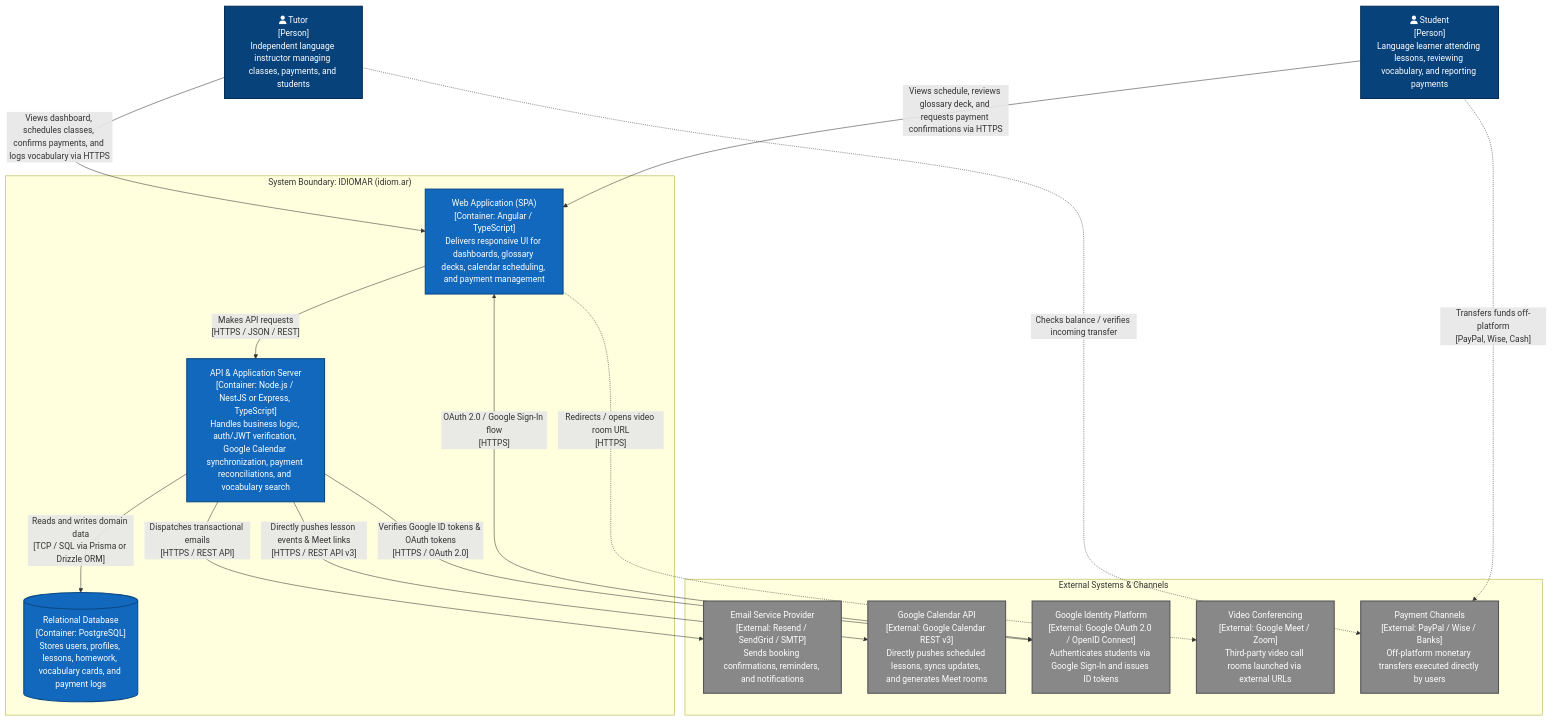
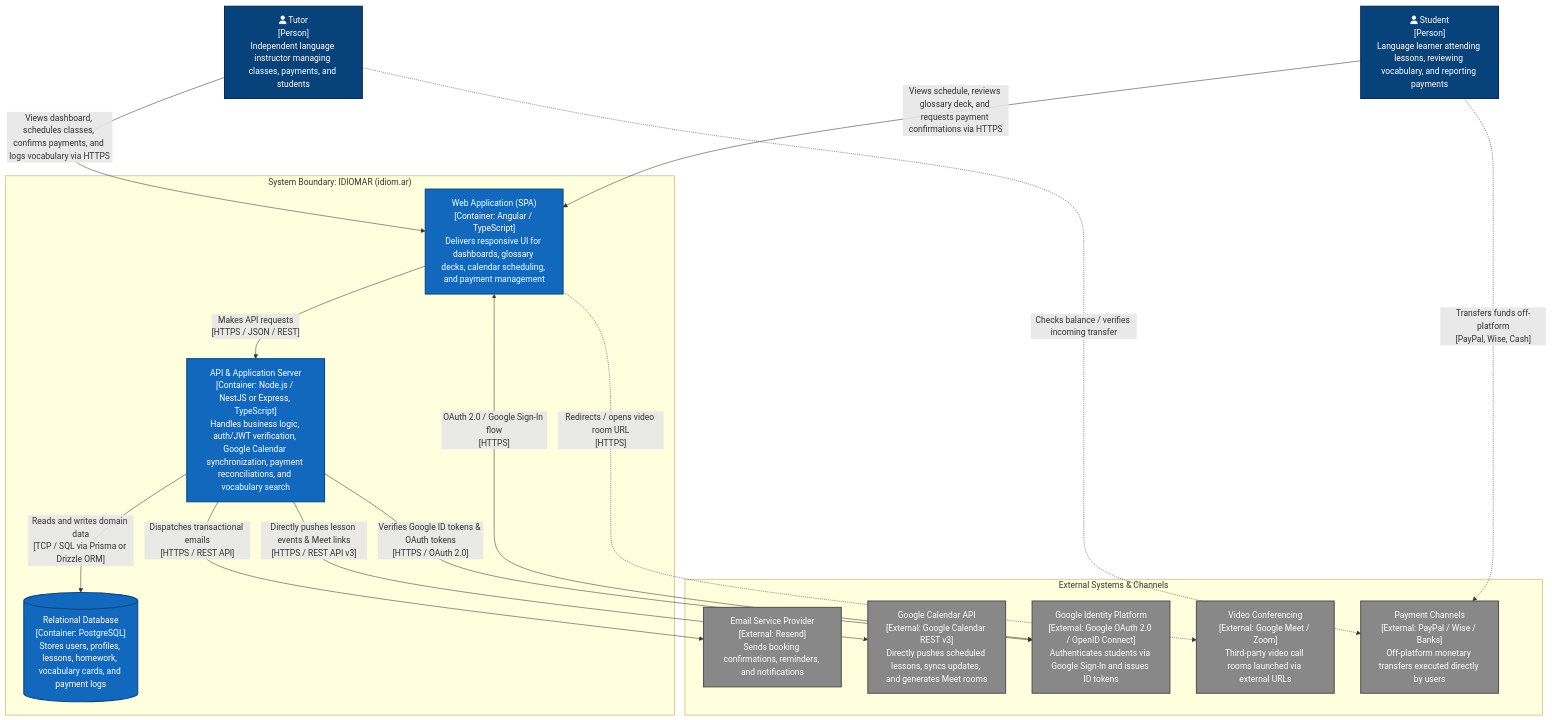
One commit to DmytroCherednichenko/idiomar-crm changed the diagram in docs/diagrams/02-c4-level2-containers.mmd. Above: the diagram before and after it, drawn with Mermaid. The commit also changed 3 other files, not shown here.

Commit message:
Add Resend as notifications provider

```diff
--- a/docs/diagrams/02-c4-level2-containers.mmd
+++ b/docs/diagrams/02-c4-level2-containers.mmd
@@ -1,50 +1,50 @@
 flowchart TD
     %% Styling definitions
     classDef person fill:#08427b,stroke:#052e56,color:#ffffff,stroke-width:2px;
     classDef container fill:#1168bd,stroke:#0b4884,color:#ffffff,stroke-width:2px;
     classDef database fill:#1168bd,stroke:#0b4884,color:#ffffff,stroke-width:2px;
     classDef external fill:#888888,stroke:#555555,color:#ffffff,stroke-width:2px;
     classDef boundary fill:#f9f9f9,stroke:#999999,stroke-width:2px,stroke-dasharray: 5 5;
 
     %% Actors
     Tutor["fa:fa-user Tutor\n[Person]\nIndependent language instructor managing classes, payments, and students"]:::person
     Student["fa:fa-user Student\n[Person]\nLanguage learner attending lessons, reviewing vocabulary, and reporting payments"]:::person
 
     %% External Systems Out of Scope / Third-party
     subgraph ExternalServices["External Systems & Channels"]
         GoogleAuth["Google Identity Platform\n[External: Google OAuth 2.0 / OpenID Connect]\nAuthenticates students via Google Sign-In and issues ID tokens"]:::external
         GoogleCalendar["Google Calendar API\n[External: Google Calendar REST v3]\nDirectly pushes scheduled lessons, syncs updates, and generates Meet rooms"]:::external
-        EmailService["Email Service Provider\n[External: Resend / SendGrid / SMTP]\nSends booking confirmations, reminders, and notifications"]:::external
+        EmailService["Email Service Provider\n[External: Resend]\nSends booking confirmations, reminders, and notifications"]:::external
         MeetingPlatform["Video Conferencing\n[External: Google Meet / Zoom]\nThird-party video call rooms launched via external URLs"]:::external
         PaymentChannels["Payment Channels\n[External: PayPal / Wise / Banks]\nOff-platform monetary transfers executed directly by users"]:::external
     end
 
     %% Main System Boundary
     subgraph IDIOMARSystem["System Boundary: IDIOMAR (idiom.ar)"]
         WebApp["Web Application (SPA)\n[Container: Angular / TypeScript]\nDelivers responsive UI for dashboards, glossary decks, calendar scheduling, and payment management"]:::container
 
         ApiServer["API & Application Server\n[Container: Node.js / NestJS or Express, TypeScript]\nHandles business logic, auth/JWT verification, Google Calendar synchronization, payment reconciliations, and vocabulary search"]:::container
 
         Database[("Relational Database\n[Container: PostgreSQL]\nStores users, profiles, lessons, homework, vocabulary cards, and payment logs")]:::database
     end
 
     %% User Interactions
     Tutor -->|"Views dashboard, schedules classes, confirms payments, and logs vocabulary via HTTPS"| WebApp
     Student -->|"Views schedule, reviews glossary deck, and requests payment confirmations via HTTPS"| WebApp
 
     %% Frontend to Backend
     WebApp -->|"Makes API requests\n[HTTPS / JSON / REST]"| ApiServer
 
     %% Backend to Database
     ApiServer -->|"Reads and writes domain data\n[TCP / SQL via Prisma or Drizzle ORM]"| Database
 
     %% Backend to External
     ApiServer -->|"Dispatches transactional emails\n[HTTPS / REST API]"| EmailService
     ApiServer -->|"Directly pushes lesson events & Meet links\n[HTTPS / REST API v3]"| GoogleCalendar
     ApiServer -->|"Verifies Google ID tokens & OAuth tokens\n[HTTPS / OAuth 2.0]"| GoogleAuth
 
     %% External Redirects / Off-platform actions
     WebApp <-->|"OAuth 2.0 / Google Sign-In flow\n[HTTPS]"| GoogleAuth
     WebApp -.->|"Redirects / opens video room URL\n[HTTPS]"| MeetingPlatform
     Student -.->|"Transfers funds off-platform\n[PayPal, Wise, Cash]"| PaymentChannels
     Tutor -.->|"Checks balance / verifies incoming transfer"| PaymentChannels
```
